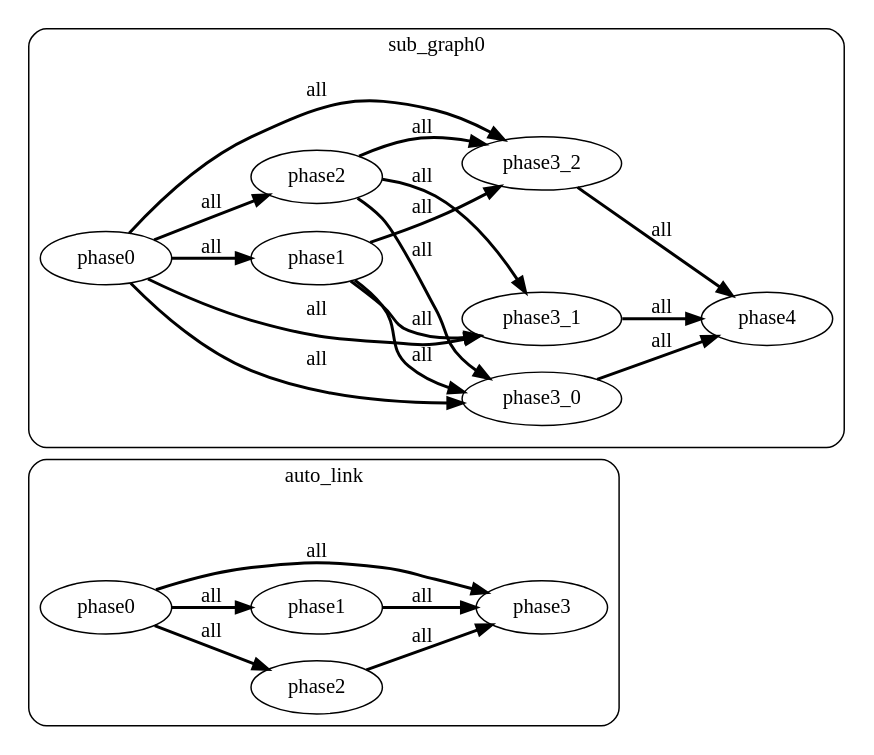
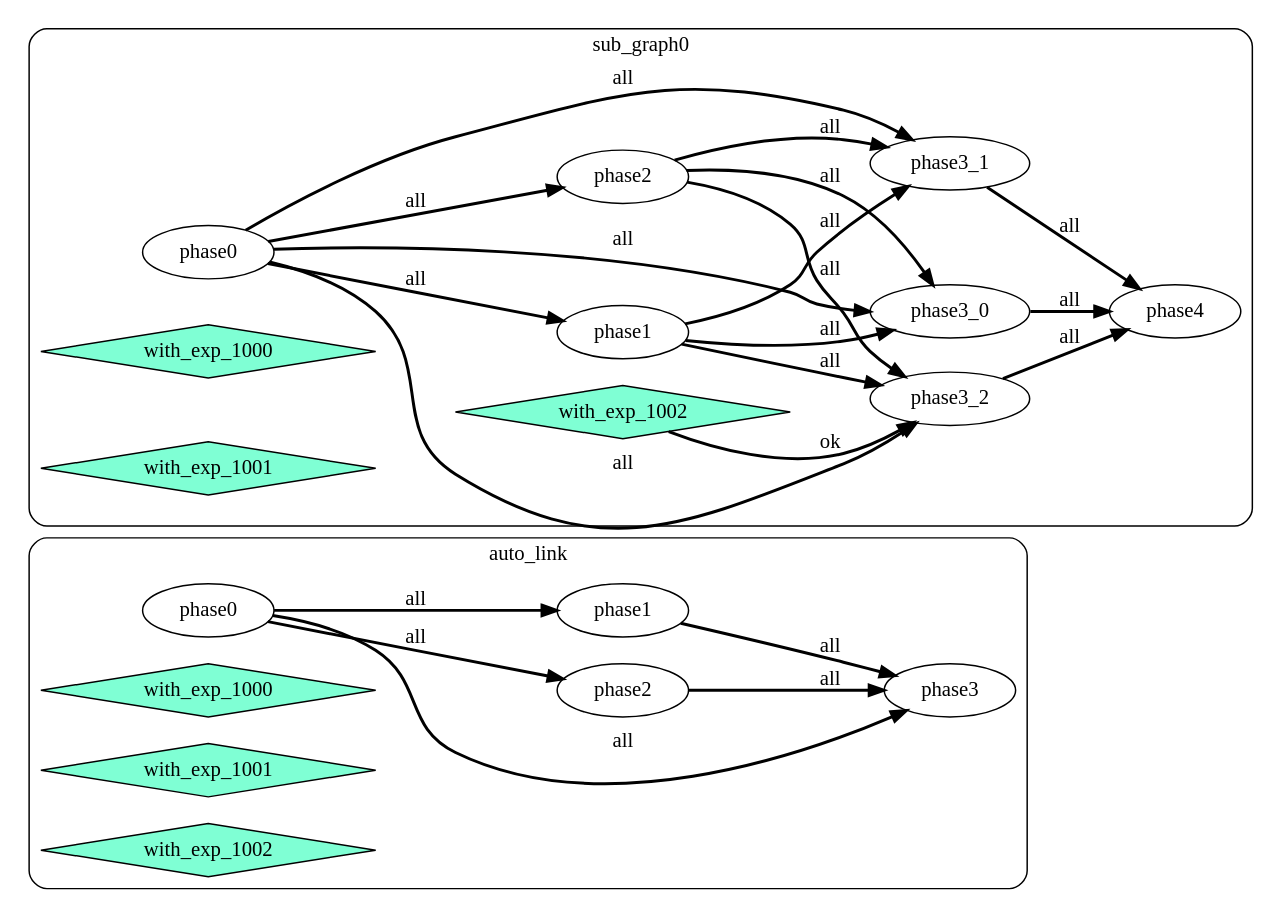
One commit to yinqiwen/myctk changed the diagram in didagle/example/example3.toml.dot. Above: the diagram before and after it, drawn with Graphviz. The commit also changed 10 other files, not shown here.

```diff
--- a/didagle/example/example3.toml.dot
+++ b/didagle/example/example3.toml.dot
@@ -1,41 +1,48 @@
 digraph G {
     rankdir=LR;
   subgraph cluster_auto_link{
     style = rounded;
     label = "auto_link";
     auto_link_phase0 [label="phase0"];
     auto_link_phase3 [label="phase3"];
     auto_link_phase2 [label="phase2"];
     auto_link_phase1 [label="phase1"];
+    auto_link_with_exp_1000 [label="with_exp_1000" shape=diamond color=black fillcolor=aquamarine style=filled];
+    auto_link_with_exp_1001 [label="with_exp_1001" shape=diamond color=black fillcolor=aquamarine style=filled];
+    auto_link_with_exp_1002 [label="with_exp_1002" shape=diamond color=black fillcolor=aquamarine style=filled];
     auto_link_phase2 -> auto_link_phase3 [style=bold label="all"];
     auto_link_phase0 -> auto_link_phase3 [style=bold label="all"];
     auto_link_phase1 -> auto_link_phase3 [style=bold label="all"];
     auto_link_phase0 -> auto_link_phase2 [style=bold label="all"];
     auto_link_phase0 -> auto_link_phase1 [style=bold label="all"];
 };
   subgraph cluster_sub_graph0{
     style = rounded;
     label = "sub_graph0";
     sub_graph0_phase4 [label="phase4"];
     sub_graph0_phase1 [label="phase1"];
     sub_graph0_phase2 [label="phase2"];
     sub_graph0_phase3_0 [label="phase3_0"];
     sub_graph0_phase3_1 [label="phase3_1"];
     sub_graph0_phase0 [label="phase0"];
     sub_graph0_phase3_2 [label="phase3_2"];
+    sub_graph0_with_exp_1000 [label="with_exp_1000" shape=diamond color=black fillcolor=aquamarine style=filled];
+    sub_graph0_with_exp_1001 [label="with_exp_1001" shape=diamond color=black fillcolor=aquamarine style=filled];
+    sub_graph0_with_exp_1002 [label="with_exp_1002" shape=diamond color=black fillcolor=aquamarine style=filled];
     sub_graph0_phase3_2 -> sub_graph0_phase4 [style=bold label="all"];
     sub_graph0_phase3_0 -> sub_graph0_phase4 [style=bold label="all"];
     sub_graph0_phase3_1 -> sub_graph0_phase4 [style=bold label="all"];
     sub_graph0_phase0 -> sub_graph0_phase1 [style=bold label="all"];
     sub_graph0_phase0 -> sub_graph0_phase2 [style=bold label="all"];
     sub_graph0_phase2 -> sub_graph0_phase3_0 [style=bold label="all"];
     sub_graph0_phase0 -> sub_graph0_phase3_0 [style=bold label="all"];
     sub_graph0_phase1 -> sub_graph0_phase3_0 [style=bold label="all"];
     sub_graph0_phase2 -> sub_graph0_phase3_1 [style=bold label="all"];
     sub_graph0_phase0 -> sub_graph0_phase3_1 [style=bold label="all"];
     sub_graph0_phase1 -> sub_graph0_phase3_1 [style=bold label="all"];
+    sub_graph0_with_exp_1002 -> sub_graph0_phase3_2 [style=bold label="ok"];
     sub_graph0_phase2 -> sub_graph0_phase3_2 [style=bold label="all"];
     sub_graph0_phase0 -> sub_graph0_phase3_2 [style=bold label="all"];
     sub_graph0_phase1 -> sub_graph0_phase3_2 [style=bold label="all"];
 };
 }
```
